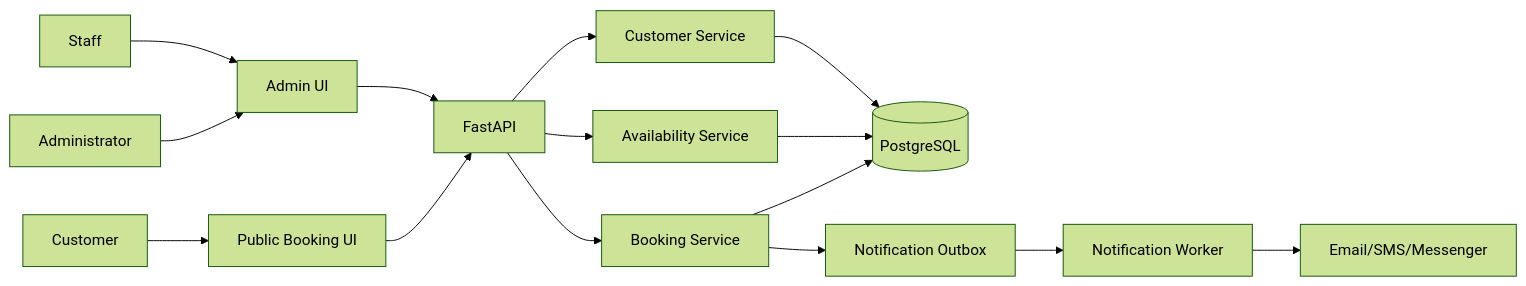
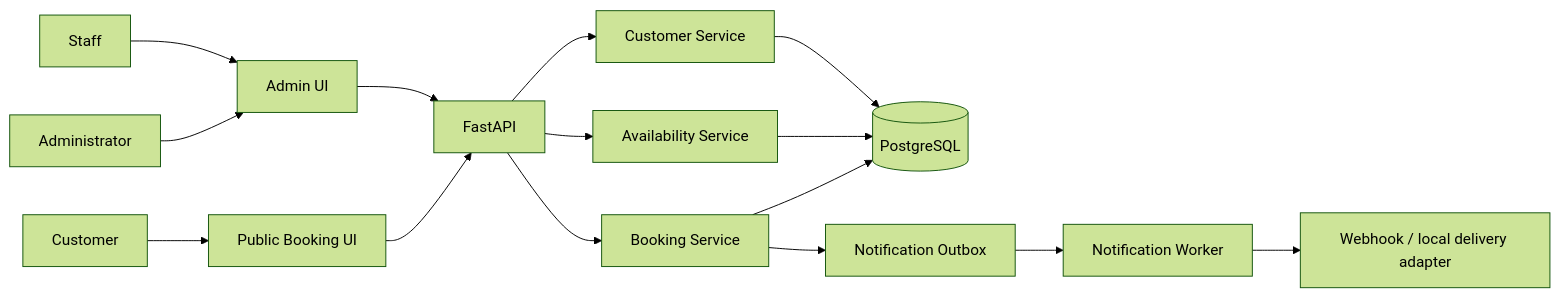
The first of 2 diagrams in docs/ARCHITECTURE.md (shevyakovys/Lootly), drawn with Mermaid (forest theme) before and after one commit. The commit also changed other lines of this file and 47 other files, not shown here.

````diff
--- a/docs/ARCHITECTURE.md
+++ b/docs/ARCHITECTURE.md
@@ -5,21 +5,21 @@
 ```mermaid
 flowchart LR
     C[Customer] --> WEB[Public Booking UI]
     A[Administrator] --> ADMIN[Admin UI]
     S[Staff] --> ADMIN
 
     WEB --> API[FastAPI]
     ADMIN --> API
 
     API --> BOOK[Booking Service]
     API --> AVAIL[Availability Service]
     API --> CRM[Customer Service]
 
     BOOK --> DB[(PostgreSQL)]
     AVAIL --> DB
     CRM --> DB
 
     BOOK --> OUTBOX[Notification Outbox]
     OUTBOX --> WORKER[Notification Worker]
-    WORKER --> MSG[Email/SMS/Messenger]
+    WORKER --> MSG[Webhook / local delivery adapter]
 ```
````
